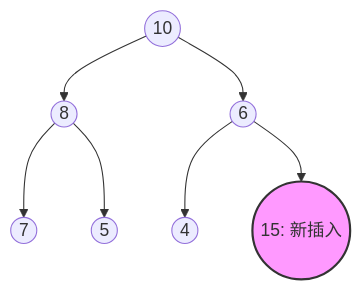
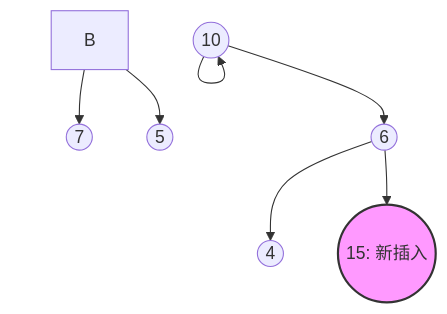
The first of 2 diagrams in docs/1.计算机基础/1.3.数据结构与算法/1.3.1.数据结构/1.3.1.7.堆.md (iFlicker/AndroidKnowledge), drawn with Mermaid before and after one commit. The commit also changed other lines of this file and 31 other files, not shown here.

Commit message:
修复1.计算机基础所有mermaid语法错误

````diff
--- a/docs/1.计算机基础/1.3.数据结构与算法/1.3.1.数据结构/1.3.1.7.堆.md
+++ b/docs/1.计算机基础/1.3.数据结构与算法/1.3.1.数据结构/1.3.1.7.堆.md
@@ -223,10 +223,10 @@
 ```mermaid
 graph TD
-    A((10)) --> B((8))
-    A --> C((6))
-    B --> D((7))
-    B --> E((5))
-    C --> F((4))
-    C --> G((15: 新插入))
+    A(("10")) --> A(("10"))
+    A --> C(("6"))
+    B --> D(("7"))
+    B --> E(("5"))
+    C --> F(("4"))
+    C --> G(("15: 新插入"))
     style G fill:#f9f,stroke:#333,stroke-width:2px
 ```
````
